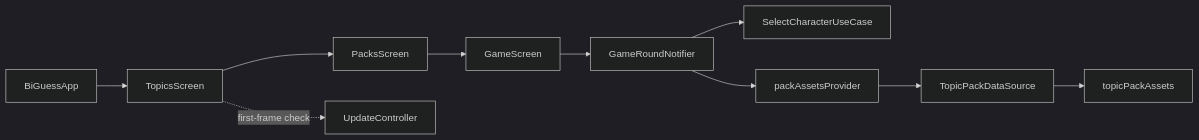
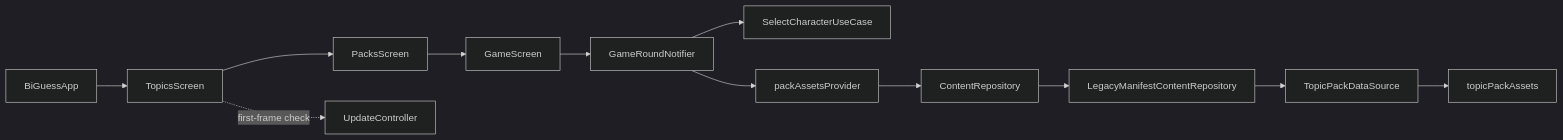
One commit to AbderrahmaneSAOUDI/BiGuess-Game changed the diagram in .agents/sidecars/architecture.md. Above: the diagram before and after it, drawn with Mermaid (dark theme). The commit also changed other lines of this file and 10 other files, not shown here.

````diff
--- a/.agents/sidecars/architecture.md
+++ b/.agents/sidecars/architecture.md
@@ -9,12 +9,14 @@
 ```mermaid
 flowchart LR
   App[BiGuessApp] --> Topics[TopicsScreen]
   Topics --> Packs[PacksScreen]
   Packs --> Game[GameScreen]
   Game --> Round[GameRoundNotifier]
   Round --> Select[SelectCharacterUseCase]
   Round --> Assets[packAssetsProvider]
-  Assets --> Source[TopicPackDataSource]
+  Assets --> Repository[ContentRepository]
+  Repository --> Adapter[LegacyManifestContentRepository]
+  Adapter --> Source[TopicPackDataSource]
   Source --> Manifest[topicPackAssets]
   Topics -. first-frame check .-> Updates[UpdateController]
 ```
````
